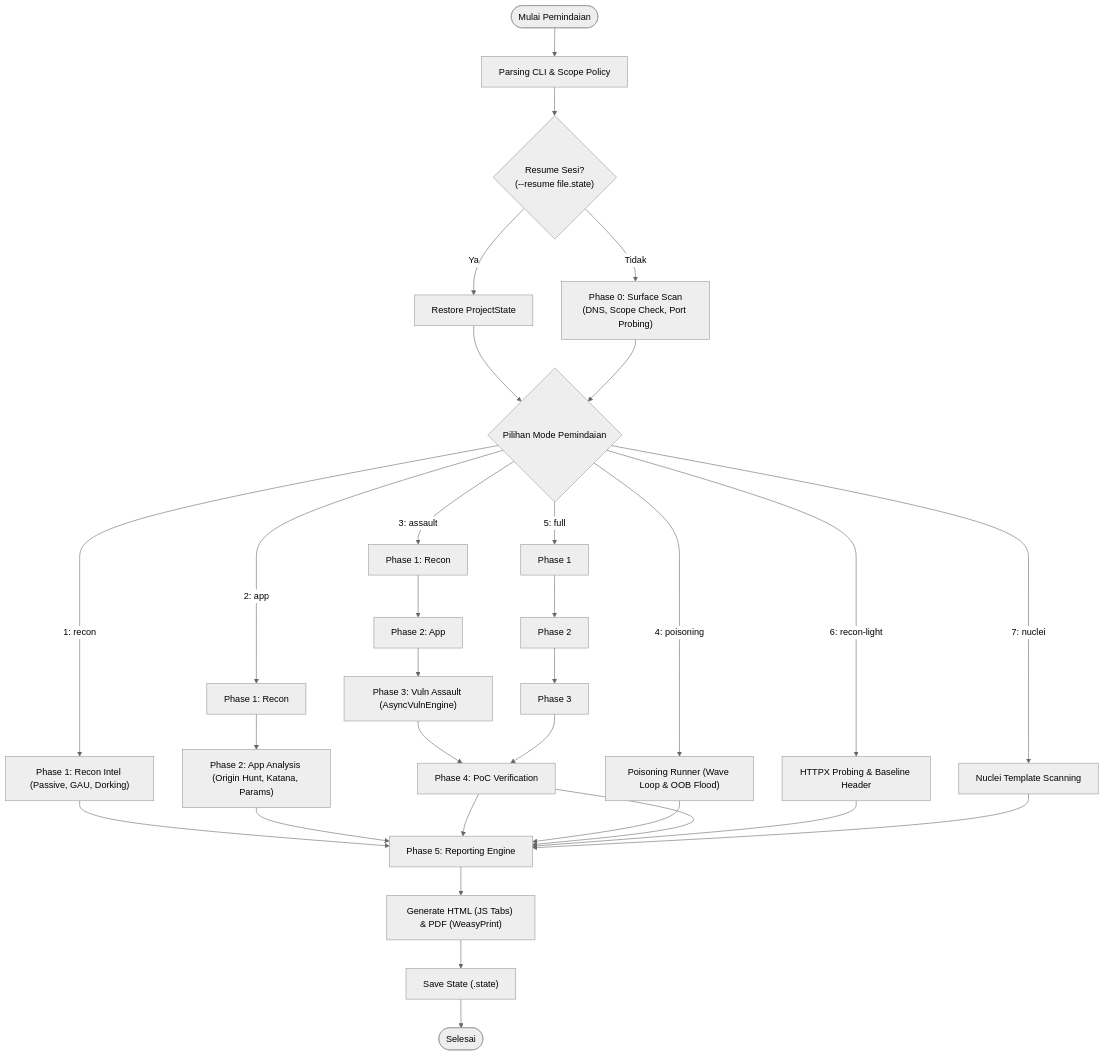
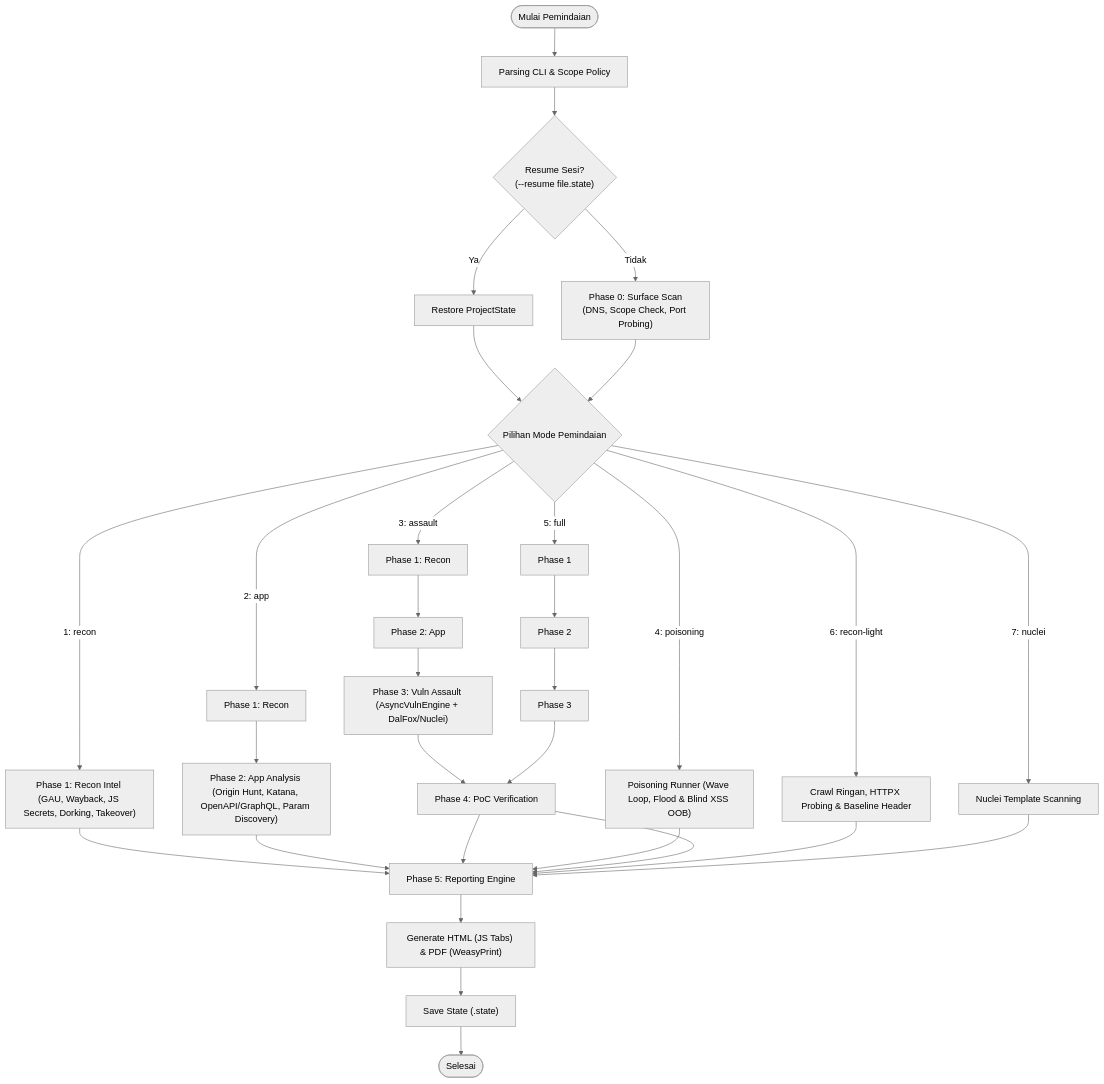
One commit to Samasta-Baskara/Verdamt-Snipe changed the second of 2 diagrams in README.md. Above: the diagram before and after it, drawn with Mermaid (neutral theme). The commit also changed other lines of this file and 8 other files, not shown here.

````diff
--- a/README.md
+++ b/README.md
@@ -137,20 +148,20 @@
 ```mermaid
 flowchart TD
     Start(["Mulai Pemindaian"]) --> Parse["Parsing CLI & Scope Policy"]
     Parse --> CheckResume{"Resume Sesi?<br>(--resume file.state)"}
 
     CheckResume -- "Ya" --> LoadState["Restore ProjectState"] --> ModeSelect
     CheckResume -- "Tidak" --> Phase0["Phase 0: Surface Scan<br>(DNS, Scope Check, Port Probing)"] --> ModeSelect
 
     ModeSelect{"Pilihan Mode Pemindaian"}
-    ModeSelect -- "1: recon" --> Phase1["Phase 1: Recon Intel (Passive, GAU, Dorking)"] --> Phase5Report
-    ModeSelect -- "2: app" --> Phase1App["Phase 1: Recon"] --> Phase2App["Phase 2: App Analysis (Origin Hunt, Katana, Params)"] --> Phase5Report
-    ModeSelect -- "3: assault" --> Phase1Assault["Phase 1: Recon"] --> Phase2Assault["Phase 2: App"] --> Phase3Assault["Phase 3: Vuln Assault (AsyncVulnEngine)"] --> Phase4Verify["Phase 4: PoC Verification"] --> Phase5Report
-    ModeSelect -- "4: poisoning" --> PoisonRunner["Poisoning Runner (Wave Loop & OOB Flood)"] --> Phase5Report
+    ModeSelect -- "1: recon" --> Phase1["Phase 1: Recon Intel (GAU, Wayback, JS Secrets, Dorking, Takeover)"] --> Phase5Report
+    ModeSelect -- "2: app" --> Phase1App["Phase 1: Recon"] --> Phase2App["Phase 2: App Analysis (Origin Hunt, Katana, OpenAPI/GraphQL, Param Discovery)"] --> Phase5Report
+    ModeSelect -- "3: assault" --> Phase1Assault["Phase 1: Recon"] --> Phase2Assault["Phase 2: App"] --> Phase3Assault["Phase 3: Vuln Assault (AsyncVulnEngine + DalFox/Nuclei)"] --> Phase4Verify["Phase 4: PoC Verification"] --> Phase5Report
+    ModeSelect -- "4: poisoning" --> PoisonRunner["Poisoning Runner (Wave Loop, Flood & Blind XSS OOB)"] --> Phase5Report
     ModeSelect -- "5: full" --> Phase1Full["Phase 1"] --> Phase2Full["Phase 2"] --> Phase3Full["Phase 3"] --> Phase4Verify --> Phase5Report
-    ModeSelect -- "6: recon-light" --> LightRecon["HTTPX Probing & Baseline Header"] --> Phase5Report
+    ModeSelect -- "6: recon-light" --> LightRecon["Crawl Ringan, HTTPX Probing & Baseline Header"] --> Phase5Report
     ModeSelect -- "7: nuclei" --> NucleiEngine["Nuclei Template Scanning"] --> Phase5Report
 
     Phase5Report["Phase 5: Reporting Engine"] --> GenReport["Generate HTML (JS Tabs) & PDF (WeasyPrint)"]
     GenReport --> SaveState["Save State (.state)"] --> Done(["Selesai"])
 ```
````
